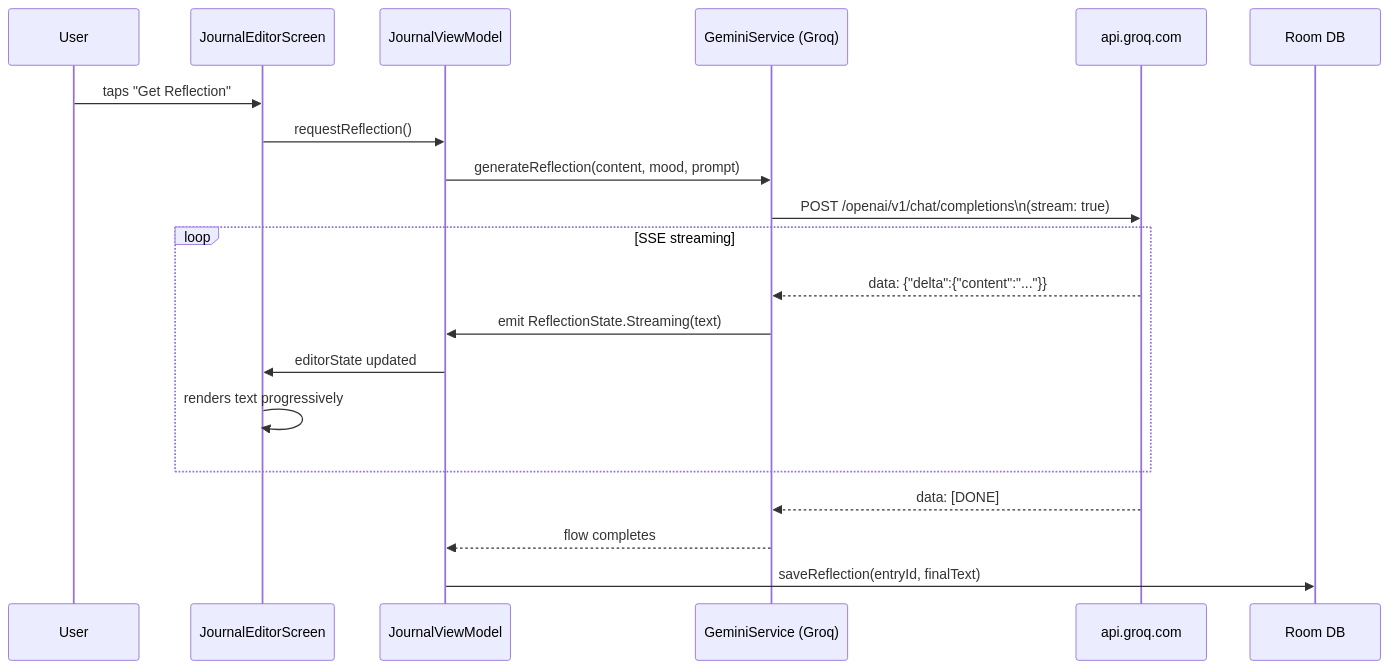
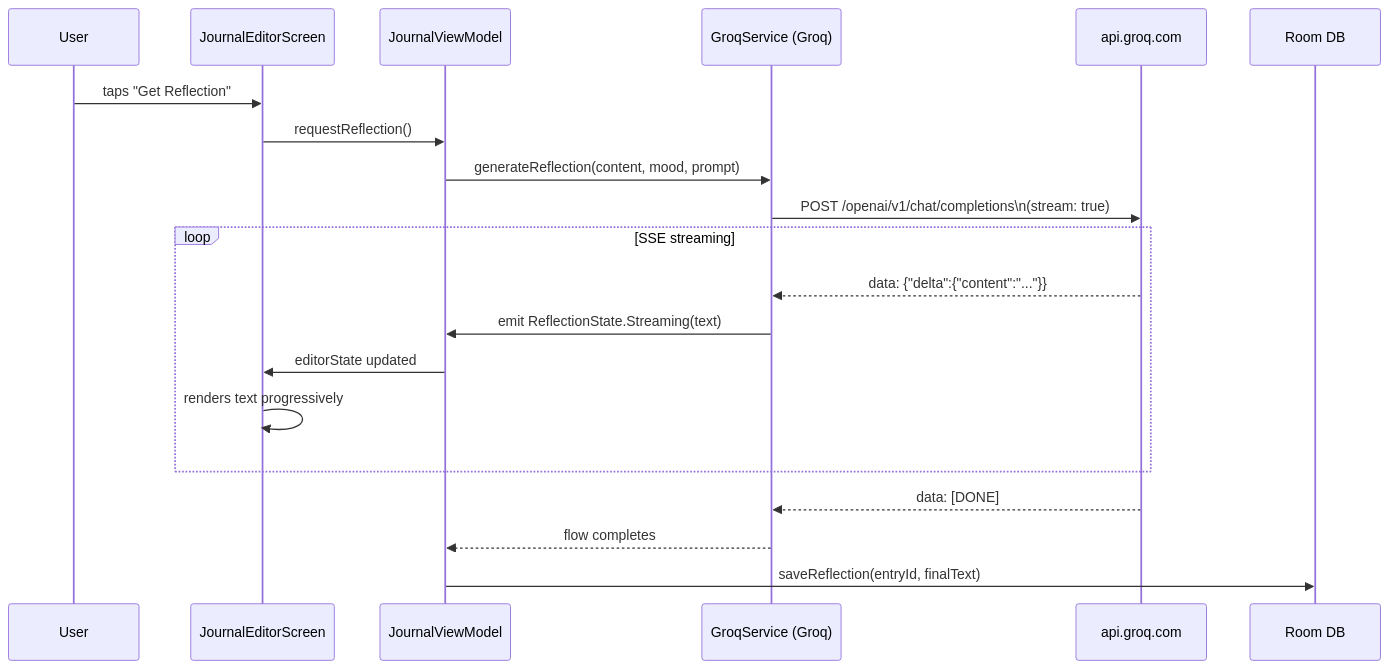
One commit to om0604/Bloom changed the fourth of 8 diagrams in docs/data-flow.md. Above: the diagram before and after it, drawn with Mermaid. The commit also changed other lines of this file and 14 other files, not shown here.

````diff
--- a/docs/data-flow.md
+++ b/docs/data-flow.md
@@ -120,23 +120,23 @@
 ```mermaid
 sequenceDiagram
     participant U as User
     participant JES as JournalEditorScreen
     participant JVM as JournalViewModel
-    participant SVC as GeminiService (Groq)
+    participant SVC as GroqService (Groq)
     participant API as api.groq.com
     participant ROOM as Room DB
 
     U->>JES: taps "Get Reflection"
     JES->>JVM: requestReflection()
     JVM->>SVC: generateReflection(content, mood, prompt)
     SVC->>API: POST /openai/v1/chat/completions\n(stream: true)
     loop SSE streaming
         API-->>SVC: data: {"delta":{"content":"..."}}
         SVC->>JVM: emit ReflectionState.Streaming(text)
         JVM->>JES: editorState updated
         JES->>JES: renders text progressively
     end
     API-->>SVC: data: [DONE]
     SVC-->>JVM: flow completes
     JVM->>ROOM: saveReflection(entryId, finalText)
 ```
````
